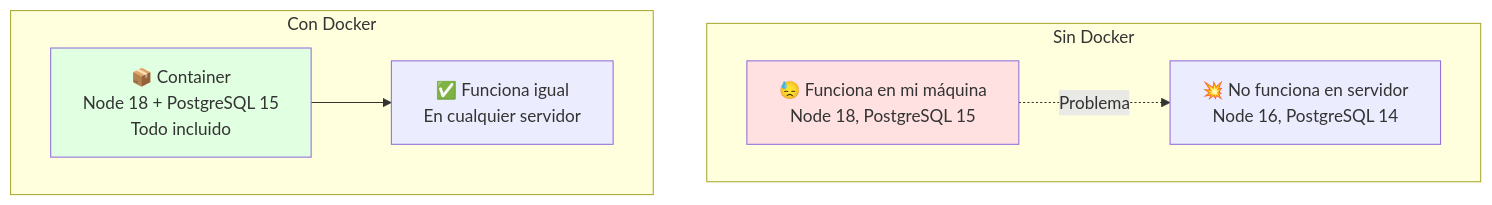
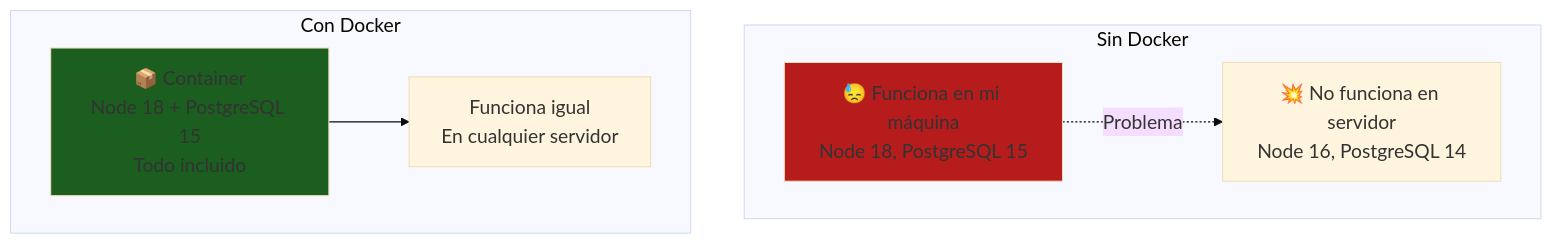
The ninth of 12 diagrams in courses/🟡-development/FPUNA-2026/01-DESARROLLO-SOFTWARE/especializaciones/web-development/05-despliegue-ia.md (Ai-Whisperers/Courses-Content), drawn with Mermaid before and after one commit. The commit also changed other lines of this file and 47 other files, not shown here.

First line of the commit message:
fix: Make all 473 diagrams WCAG AAA accessible (FPUNA-2026)

````diff
--- a/courses/🟡-development/FPUNA-2026/01-DESARROLLO-SOFTWARE/especializaciones/web-development/05-despliegue-ia.md
+++ b/courses/🟡-development/FPUNA-2026/01-DESARROLLO-SOFTWARE/especializaciones/web-development/05-despliegue-ia.md
@@ -465,18 +473,19 @@
 ```mermaid
+%%{init: {'theme':'base', 'themeVariables': {'fontSize':'18px'}}}%%
 graph TD
     subgraph "Sin Docker"
         A[😓 Funciona en mi máquina<br/>Node 18, PostgreSQL 15]
         B[💥 No funciona en servidor<br/>Node 16, PostgreSQL 14]
     end
     
     subgraph "Con Docker"
         C[📦 Container<br/>Node 18 + PostgreSQL 15<br/>Todo incluido]
-        D[✅ Funciona igual<br/>En cualquier servidor]
+        D[Funciona igual<br/>En cualquier servidor]
     end
     
     A -.->|Problema| B
     C --> D
     
-    style A fill:#FFE1E1
-    style C fill:#E1FFE1
+    style A fill:#b71c1c
+    style C fill:#1b5e20
 ```
````
